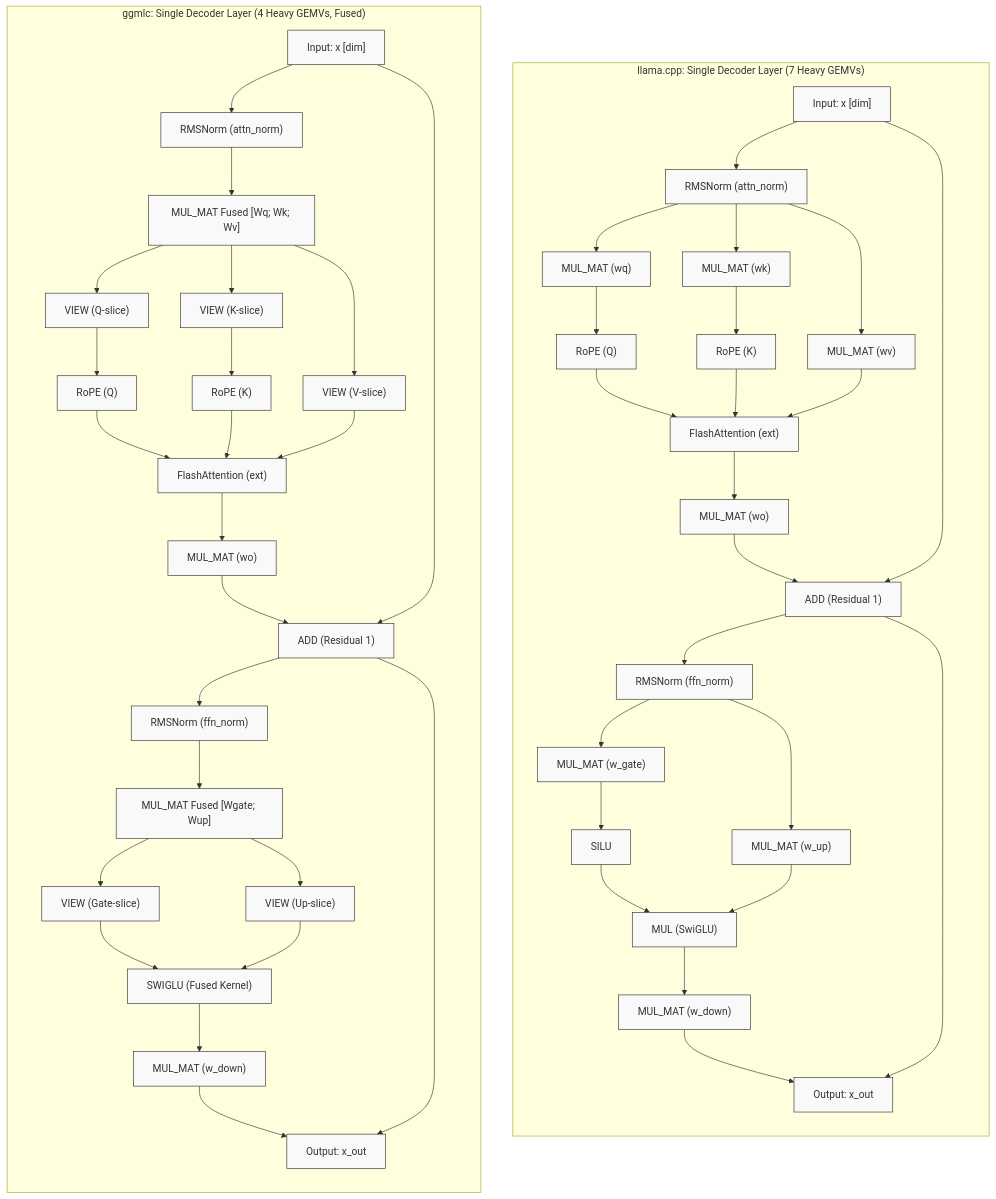
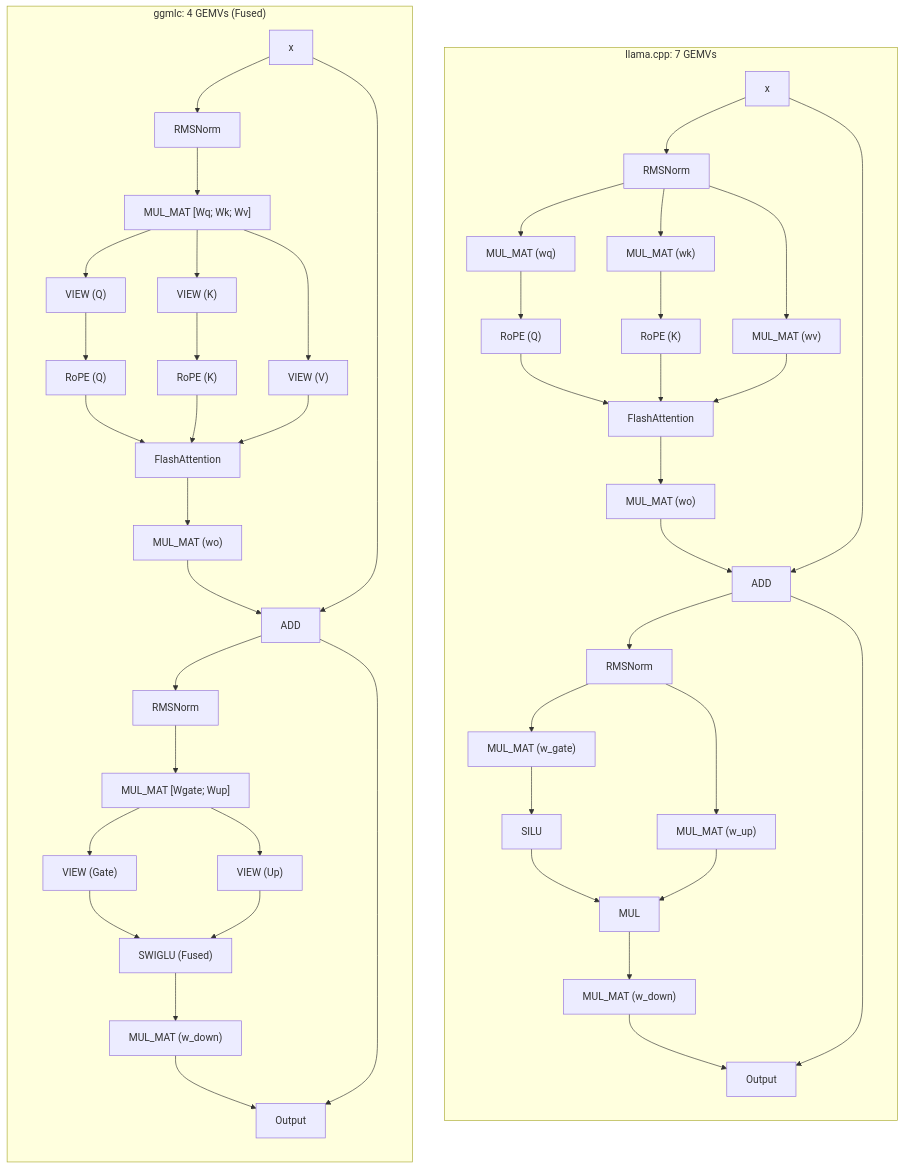
One commit to monatis/ggmlc changed the diagram in docs/benchmarks/ggmlc_vs_llama_cpp.md. Above: the diagram before and after it, drawn with Mermaid. The commit also changed other lines of this file, not shown here.

Commit message:
docs(benchmarks): simplify and condense ggmlc vs llama.cpp comparison

````diff
--- a/docs/benchmarks/ggmlc_vs_llama_cpp.md
+++ b/docs/benchmarks/ggmlc_vs_llama_cpp.md
@@ -78,45 +36,43 @@
 ```mermaid
 graph TB
-    subgraph LLAMACPP ["llama.cpp: Single Decoder Layer (7 Heavy GEMVs)"]
+    subgraph LLAMACPP ["llama.cpp: 7 GEMVs"]
         direction TB
-        L_IN["Input: x [dim]"] --> L_NORM1["RMSNorm (attn_norm)"]
+        L_IN["x"] --> L_NORM1["RMSNorm"]
         L_NORM1 --> L_WQ["MUL_MAT (wq)"]
         L_NORM1 --> L_WK["MUL_MAT (wk)"]
         L_NORM1 --> L_WV["MUL_MAT (wv)"]
         L_WQ --> L_ROPE_Q["RoPE (Q)"]
         L_WK --> L_ROPE_K["RoPE (K)"]
-        L_ROPE_Q & L_ROPE_K & L_WV --> L_ATTN["FlashAttention (ext)"]
+        L_ROPE_Q & L_ROPE_K & L_WV --> L_ATTN["FlashAttention"]
         L_ATTN --> L_WO["MUL_MAT (wo)"]
-        L_WO & L_IN --> L_ADD1["ADD (Residual 1)"]
-        L_ADD1 --> L_NORM2["RMSNorm (ffn_norm)"]
+        L_WO & L_IN --> L_ADD1["ADD"]
+        L_ADD1 --> L_NORM2["RMSNorm"]
         L_NORM2 --> L_WGATE["MUL_MAT (w_gate)"]
         L_NORM2 --> L_WUP["MUL_MAT (w_up)"]
         L_WGATE --> L_SILU["SILU"]
-        L_SILU & L_WUP --> L_MUL["MUL (SwiGLU)"]
+        L_SILU & L_WUP --> L_MUL["MUL"]
         L_MUL --> L_WDOWN["MUL_MAT (w_down)"]
-        L_WDOWN & L_ADD1 --> L_OUT["Output: x_out"]
+        L_WDOWN & L_ADD1 --> L_OUT["Output"]
     end
 
-    subgraph GGMLC ["ggmlc: Single Decoder Layer (4 Heavy GEMVs, Fused)"]
+    subgraph GGMLC ["ggmlc: 4 GEMVs (Fused)"]
         direction TB
-        G_IN["Input: x [dim]"] --> G_NORM1["RMSNorm (attn_norm)"]
-        G_NORM1 --> G_QKV["MUL_MAT Fused [Wq; Wk; Wv]"]
-        G_QKV --> G_VQ["VIEW (Q-slice)"]
-        G_QKV --> G_VK["VIEW (K-slice)"]
-        G_QKV --> G_VV["VIEW (V-slice)"]
+        G_IN["x"] --> G_NORM1["RMSNorm"]
+        G_NORM1 --> G_QKV["MUL_MAT [Wq; Wk; Wv]"]
+        G_QKV --> G_VQ["VIEW (Q)"]
+        G_QKV --> G_VK["VIEW (K)"]
+        G_QKV --> G_VV["VIEW (V)"]
         G_VQ --> G_ROPE_Q["RoPE (Q)"]
         G_VK --> G_ROPE_K["RoPE (K)"]
-        G_ROPE_Q & G_ROPE_K & G_VV --> G_ATTN["FlashAttention (ext)"]
+        G_ROPE_Q & G_ROPE_K & G_VV --> G_ATTN["FlashAttention"]
         G_ATTN --> G_WO["MUL_MAT (wo)"]
-        G_WO & G_IN --> G_ADD1["ADD (Residual 1)"]
-        G_ADD1 --> G_NORM2["RMSNorm (ffn_norm)"]
-        G_NORM2 --> G_GATEUP["MUL_MAT Fused [Wgate; Wup]"]
-        G_GATEUP --> G_VGATE["VIEW (Gate-slice)"]
-        G_GATEUP --> G_VUP["VIEW (Up-slice)"]
-        G_VGATE & G_VUP --> G_SWIGLU["SWIGLU (Fused Kernel)"]
+        G_WO & G_IN --> G_ADD1["ADD"]
+        G_ADD1 --> G_NORM2["RMSNorm"]
+        G_NORM2 --> G_GATEUP["MUL_MAT [Wgate; Wup]"]
+        G_GATEUP --> G_VGATE["VIEW (Gate)"]
+        G_GATEUP --> G_VUP["VIEW (Up)"]
+        G_VGATE & G_VUP --> G_SWIGLU["SWIGLU (Fused)"]
         G_SWIGLU --> G_WDOWN["MUL_MAT (w_down)"]
-        G_WDOWN & G_ADD1 --> G_OUT["Output: x_out"]
+        G_WDOWN & G_ADD1 --> G_OUT["Output"]
     end
-
-    classDef default fill:#f9f9f9,stroke:#333,stroke-width:1px;
 ```
````
